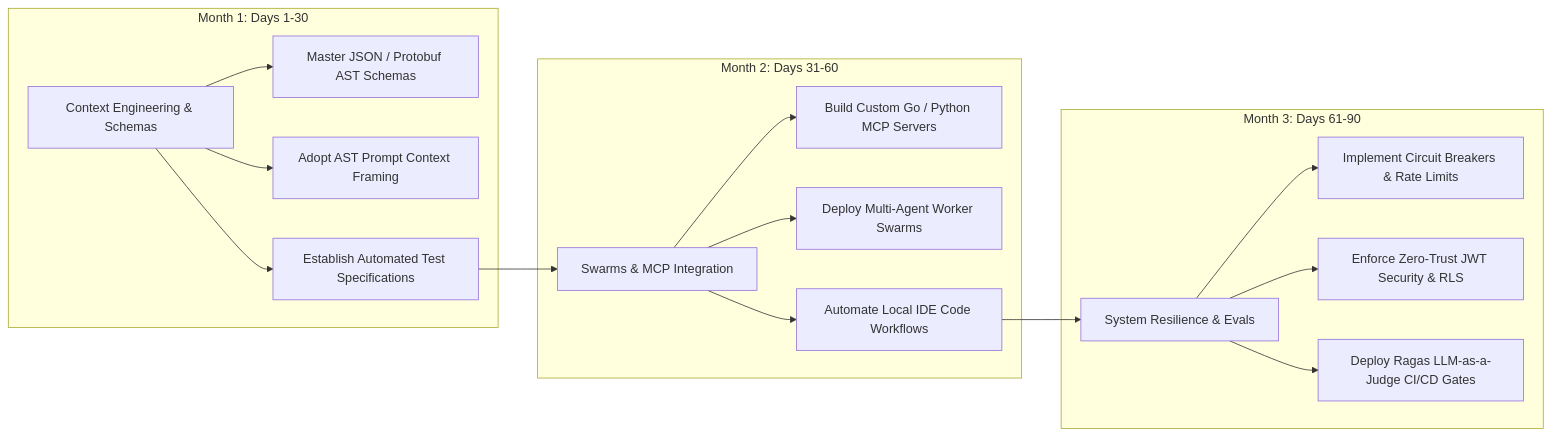
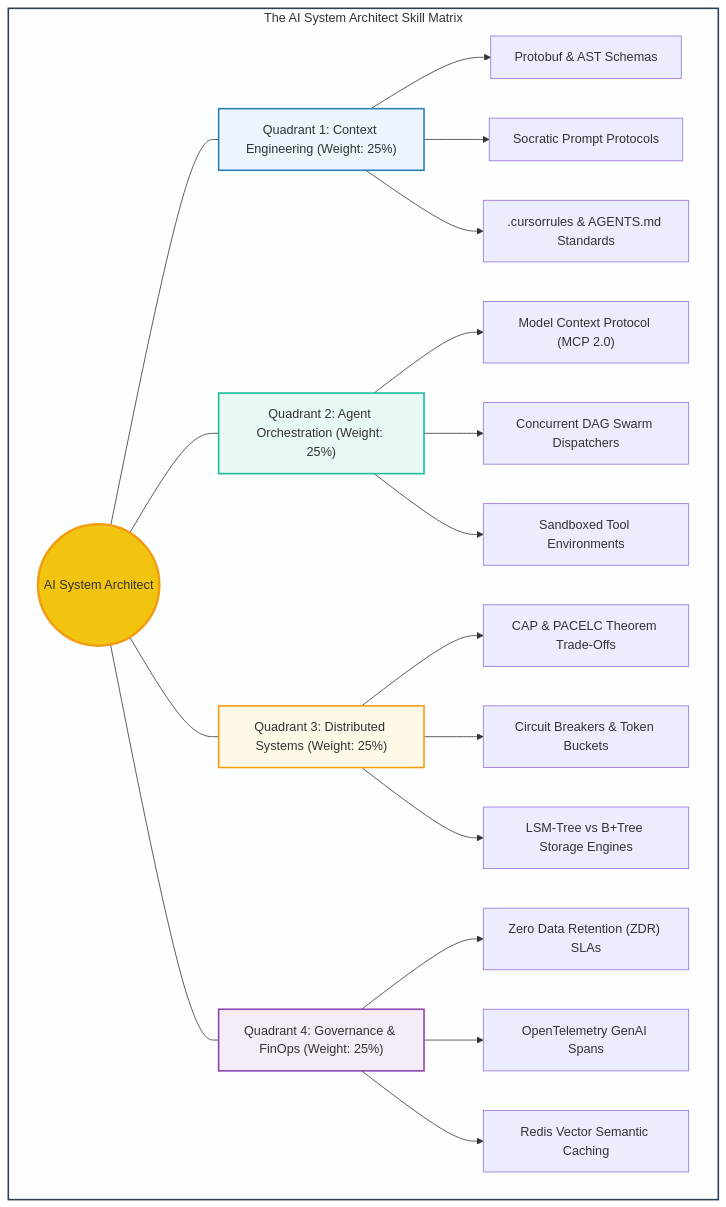
Before and after one commit to vesviet/vesviet: the second of 2 diagrams in content/series/ai-driven-engineer/bonus-transition-path.md, drawn with Mermaid. The commit also changed other lines of this file and 67 other files, not shown here.

Commit message:
feat(sprint-3): upgrade ai-data-engineering-pipeline and ai-driven-engineer series to 2027 SOTA masterclass

````diff
--- a/content/series/ai-driven-engineer/bonus-transition-path.md
+++ b/content/series/ai-driven-engineer/bonus-transition-path.md
@@ -42,23 +62,38 @@
 ```mermaid
-graph LR
-    subgraph Month 1: Days 1-30
-        M1["Context Engineering & Schemas"] --> Step1["Master JSON / Protobuf AST Schemas"]
-        M1 --> Step2["Adopt AST Prompt Context Framing"]
-        M1 --> Step3["Establish Automated Test Specifications"]
+flowchart TD
+    subgraph CompetencyRadar ["The AI System Architect Skill Matrix"]
+        Center(("AI System Architect"))
+        
+        Q1["Quadrant 1: Context Engineering (Weight: 25%)"]
+        Q1 --> Q1_1["Protobuf & AST Schemas"]
+        Q1 --> Q1_2["Socratic Prompt Protocols"]
+        Q1 --> Q1_3[".cursorrules & AGENTS.md Standards"]
+
+        Q2["Quadrant 2: Agent Orchestration (Weight: 25%)"]
+        Q2 --> Q2_1["Model Context Protocol (MCP 2.0)"]
+        Q2 --> Q2_2["Concurrent DAG Swarm Dispatchers"]
+        Q2 --> Q2_3["Sandboxed Tool Environments"]
+
+        Q3["Quadrant 3: Distributed Systems (Weight: 25%)"]
+        Q3 --> Q3_1["CAP & PACELC Theorem Trade-Offs"]
+        Q3 --> Q3_2["Circuit Breakers & Token Buckets"]
+        Q3 --> Q3_3["LSM-Tree vs B+Tree Storage Engines"]
+
+        Q4["Quadrant 4: Governance & FinOps (Weight: 25%)"]
+        Q4 --> Q4_1["Zero Data Retention (ZDR) SLAs"]
+        Q4 --> Q4_2["OpenTelemetry GenAI Spans"]
+        Q4 --> Q4_3["Redis Vector Semantic Caching"]
+
+        Center --- Q1
+        Center --- Q2
+        Center --- Q3
+        Center --- Q4
     end
 
-    subgraph Month 2: Days 31-60
-        M2["Swarms & MCP Integration"] --> Step4["Build Custom Go / Python MCP Servers"]
-        M2 --> Step5["Deploy Multi-Agent Worker Swarms"]
-        M2 --> Step6["Automate Local IDE Code Workflows"]
-    end
-
-    subgraph Month 3: Days 61-90
-        M3["System Resilience & Evals"] --> Step7["Implement Circuit Breakers & Rate Limits"]
-        M3 --> Step8["Enforce Zero-Trust JWT Security & RLS"]
-        M3 --> Step9["Deploy Ragas LLM-as-a-Judge CI/CD Gates"]
-    end
-
-    Step3 --> M2
-    Step6 --> M3
+    style CompetencyRadar fill:#fdfefe,stroke:#2c3e50,stroke-width:2px
+    style Center fill:#f1c40f,stroke:#f39c12,stroke-width:3px
+    style Q1 fill:#ebf5fb,stroke:#2980b9,stroke-width:2px
+    style Q2 fill:#e8f8f5,stroke:#1abc9c,stroke-width:2px
+    style Q3 fill:#fef9e7,stroke:#f39c12,stroke-width:2px
+    style Q4 fill:#f4ecf7,stroke:#8e44ad,stroke-width:2px
 ```
````
